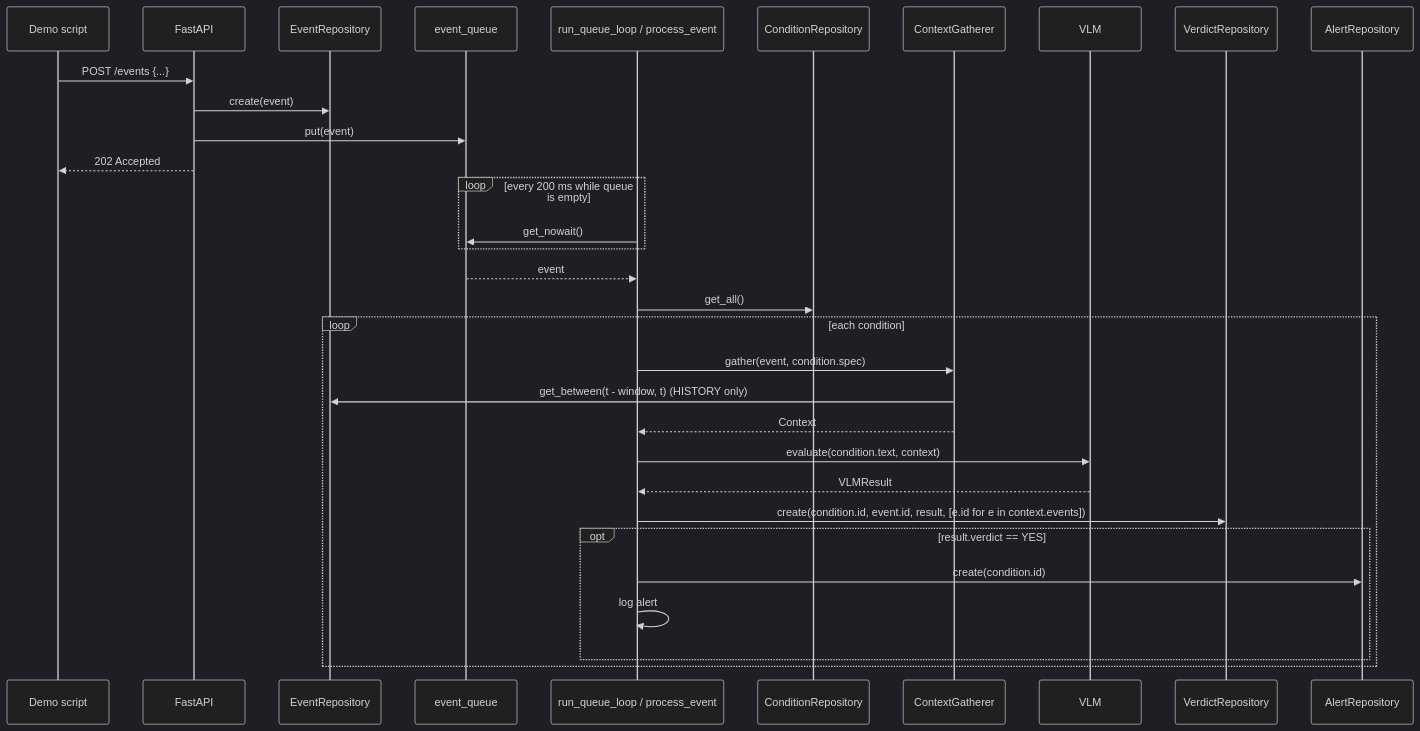
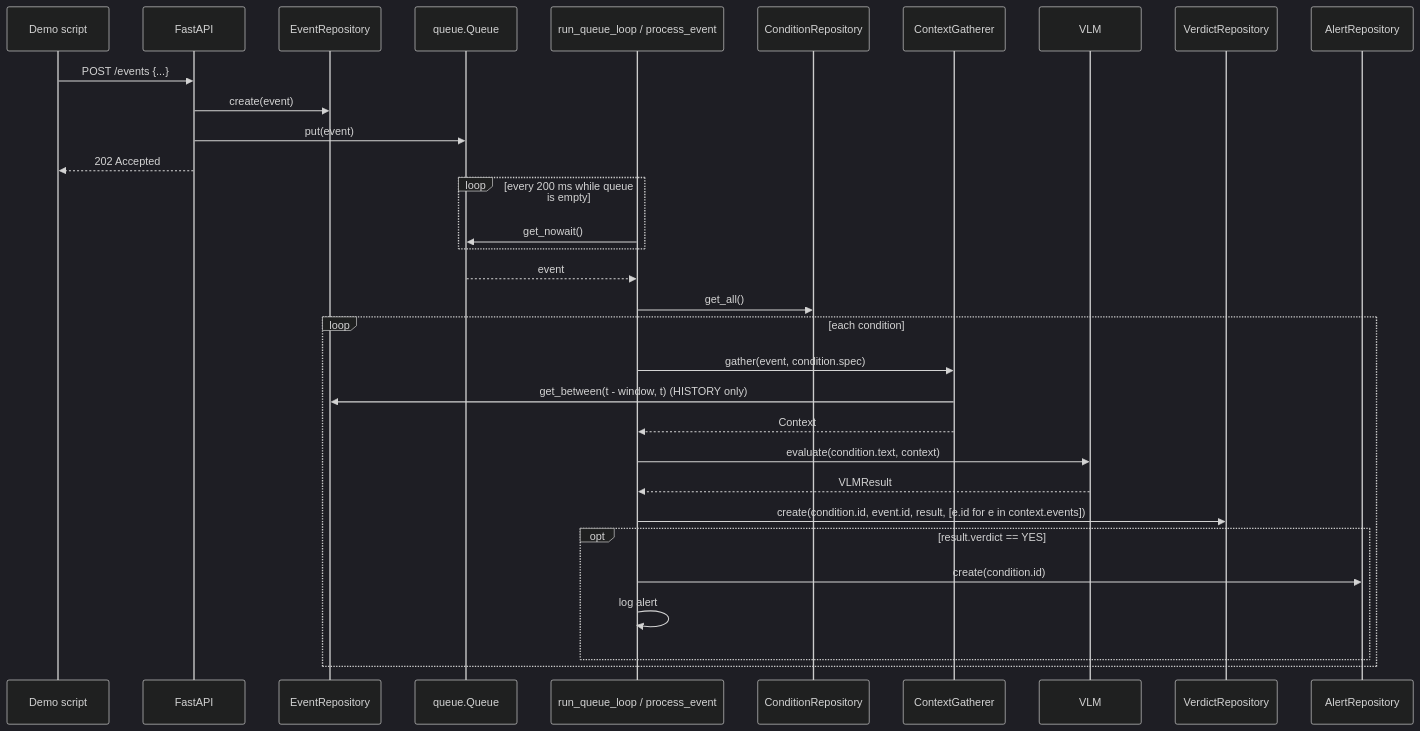
The sixth of 6 diagrams in doc/class-diagrams.md (Xeena2812/adrec-hw), drawn with Mermaid (dark theme) before and after one commit. The commit also changed other lines of this file and 3 other files, not shown here.

````diff
--- a/doc/class-diagrams.md
+++ b/doc/class-diagrams.md
@@ -297,36 +296,36 @@
 ```mermaid
 sequenceDiagram
     participant D as Demo script
     participant API as FastAPI
     participant ER as EventRepository
-    participant Q as event_queue
+    participant Q as queue.Queue
     participant L as run_queue_loop / process_event
     participant CR as ConditionRepository
     participant G as ContextGatherer
     participant V as VLM
     participant VR as VerdictRepository
     participant AR as AlertRepository
 
     D->>API: POST /events {...}
     API->>ER: create(event)
     API->>Q: put(event)
     API-->>D: 202 Accepted
 
     loop every 200 ms while queue is empty
         L->>Q: get_nowait()
     end
     Q-->>L: event
     L->>CR: get_all()
     loop each condition
         L->>G: gather(event, condition.spec)
         G->>ER: get_between(t - window, t)  (HISTORY only)
         G-->>L: Context
         L->>V: evaluate(condition.text, context)
         V-->>L: VLMResult
         L->>VR: create(condition.id, event.id, result, [e.id for e in context.events])
         opt result.verdict == YES
             L->>AR: create(condition.id)
             L->>L: log alert
         end
     end
 ```
````
